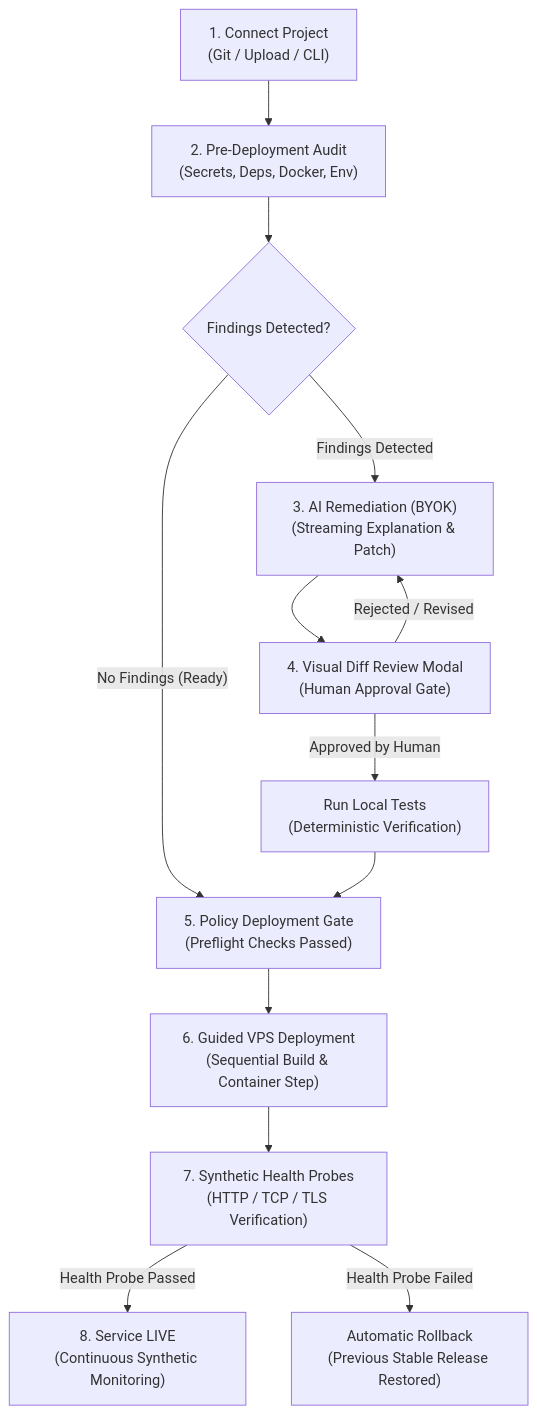
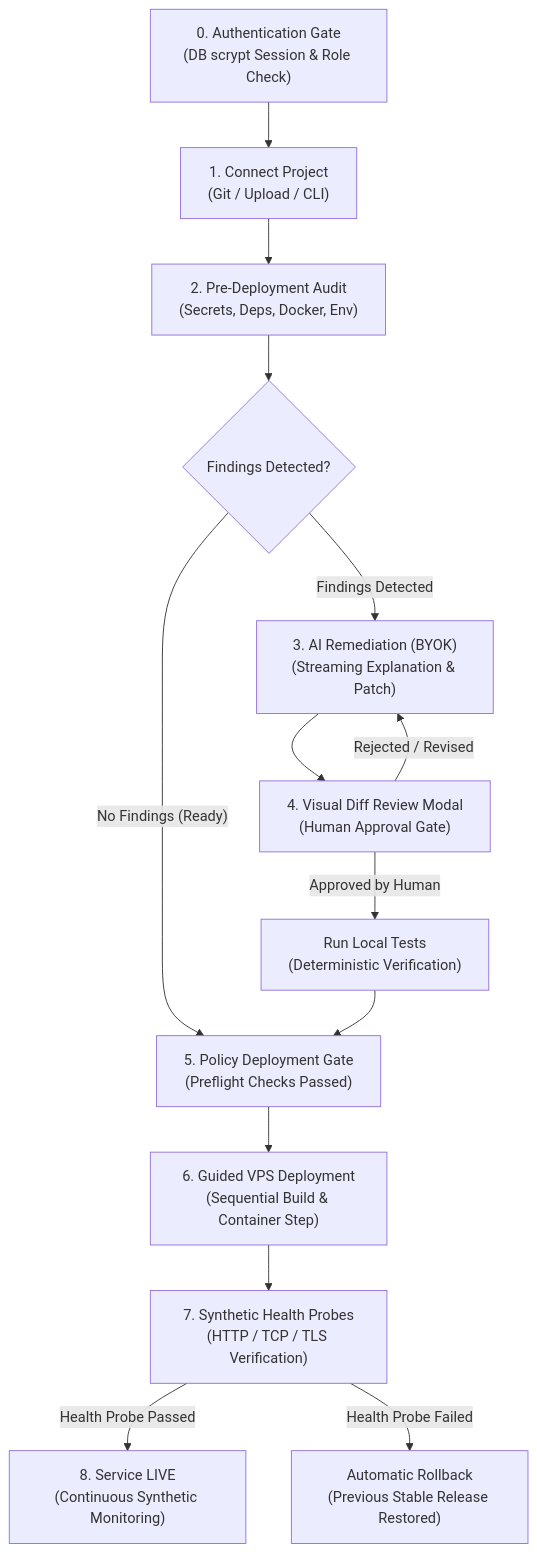
The first of 2 diagrams in README.md (nkdhawan76/DevSparks-India-opensource-1), drawn with Mermaid before and after one commit. The commit also changed other lines of this file, not shown here.

Commit message:
docs: update README with auth architecture, route protection, and test credentials

````diff
--- a/README.md
+++ b/README.md
@@ -70,15 +72,16 @@
 ```mermaid
 flowchart TD
-    A["1. Connect Project\n(Git / Upload / CLI)"] --> B["2. Pre-Deployment Audit\n(Secrets, Deps, Docker, Env)"]
+    AuthGate["0. Authentication Gate\n(DB scrypt Session & Role Check)"] --> A["1. Connect Project\n(Git / Upload / CLI)"]
+    A --> B["2. Pre-Deployment Audit\n(Secrets, Deps, Docker, Env)"]
     B --> C{"Findings Detected?"}
     C -- "No Findings (Ready)" --> G["5. Policy Deployment Gate\n(Preflight Checks Passed)"]
     C -- "Findings Detected" --> D["3. AI Remediation (BYOK)\n(Streaming Explanation & Patch)"]
     D --> E["4. Visual Diff Review Modal\n(Human Approval Gate)"]
     E -- "Rejected / Revised" --> D
     E -- "Approved by Human" --> F["Run Local Tests\n(Deterministic Verification)"]
     F --> G
     G --> H["6. Guided VPS Deployment\n(Sequential Build & Container Step)"]
     H --> I["7. Synthetic Health Probes\n(HTTP / TCP / TLS Verification)"]
     I -- "Health Probe Passed" --> J["8. Service LIVE\n(Continuous Synthetic Monitoring)"]
     I -- "Health Probe Failed" --> K["Automatic Rollback\n(Previous Stable Release Restored)"]
 ```
````
